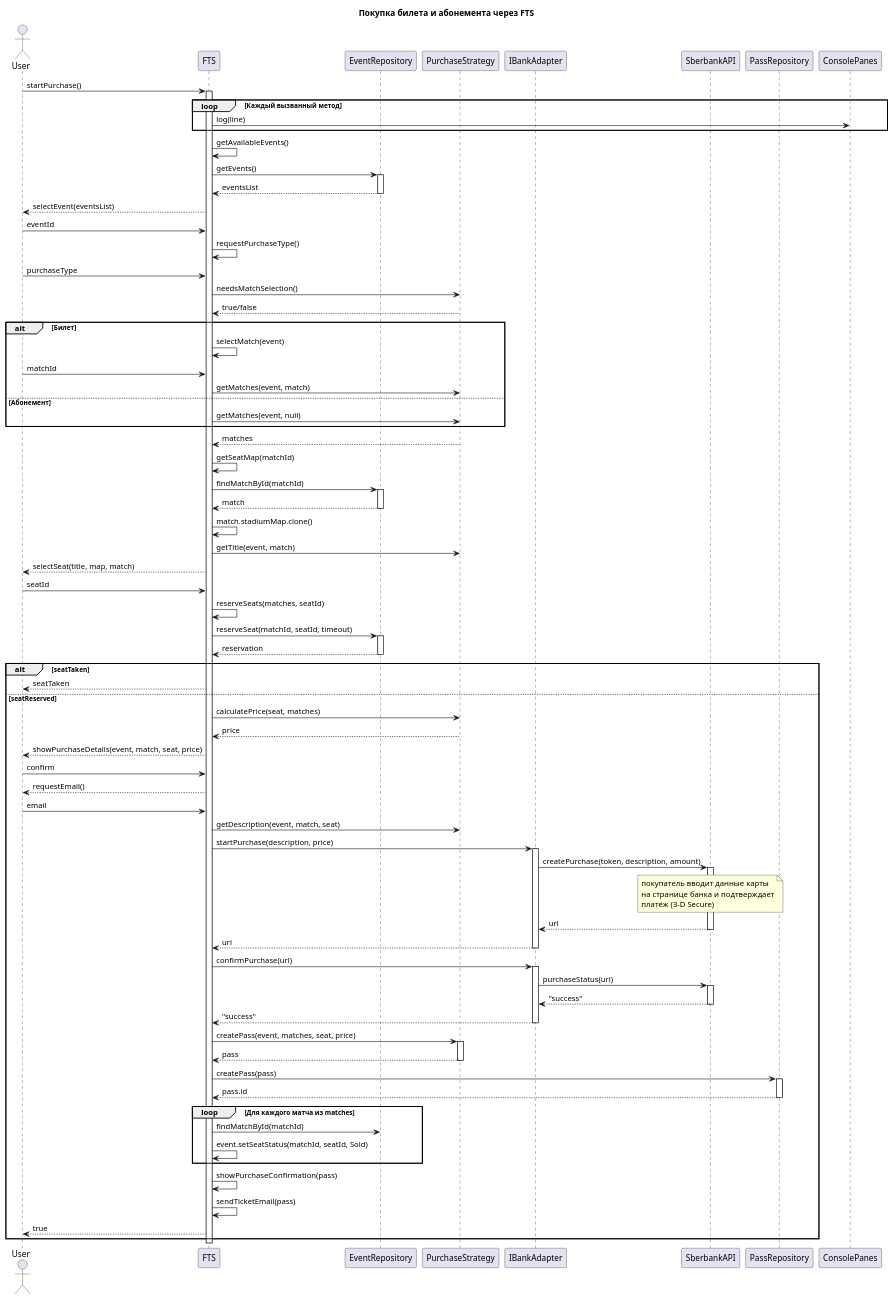
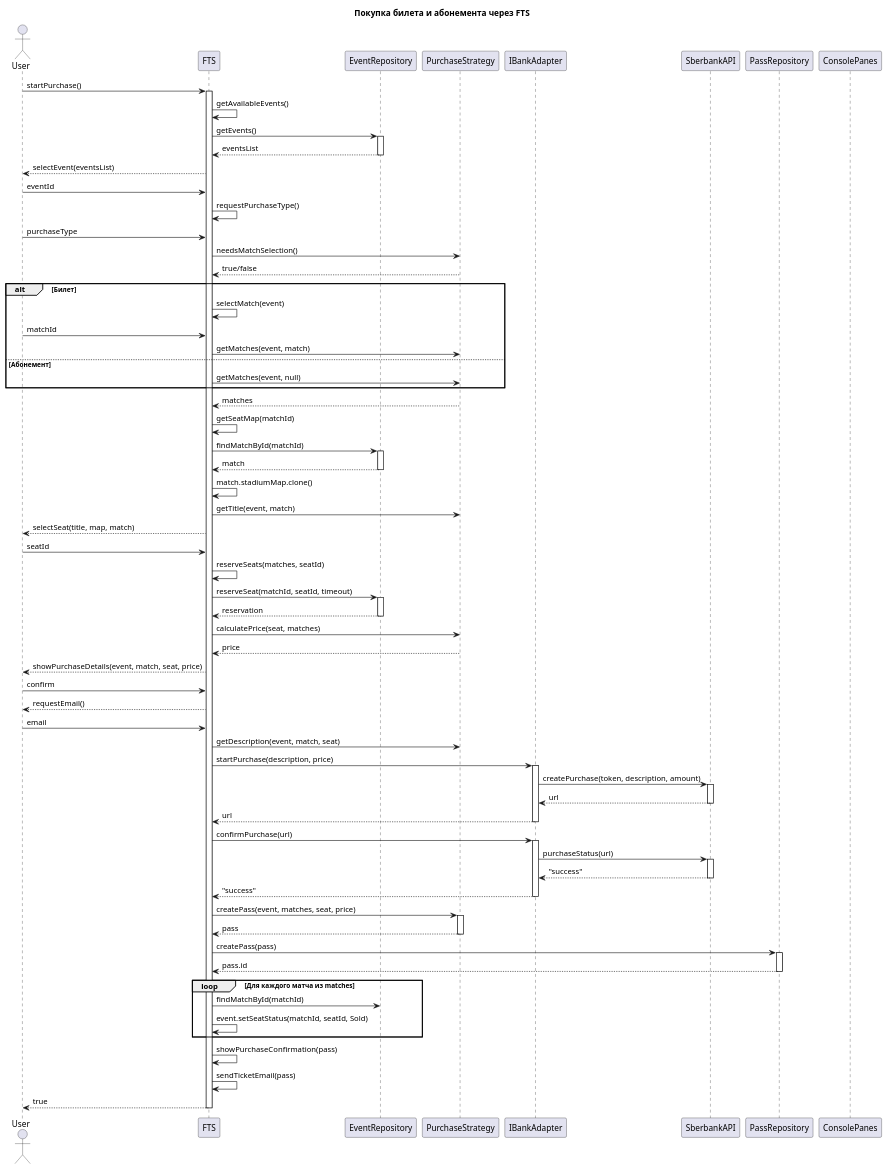
One commit to penamarth/bsbo-11-24_team5_var10_football changed the diagram in Преценденты/Покупка билетов и абонементов/Диаграмма последовательности.md. Above: the diagram before and after it, drawn with PlantUML. The commit also changed 8 other files, not shown here.

```diff
--- a/Преценденты/Покупка билетов и абонементов/Диаграмма последовательности.md
+++ b/Преценденты/Покупка билетов и абонементов/Диаграмма последовательности.md
@@ -15,10 +15,6 @@
 
 User -> FTS : startPurchase()
 activate FTS
-
-loop Каждый вызванный метод
-    FTS -> Panes : log(line)
-end
 
 FTS -> FTS : getAvailableEvents()
 FTS -> EventRepository : getEvents()
@@ -59,9 +55,7 @@
 EventRepository --> FTS : reservation
 deactivate EventRepository
 
-alt seatTaken
-    FTS --> User : seatTaken
-else seatReserved
+
     FTS -> Strategy : calculatePrice(seat, matches)
     Strategy --> FTS : price
     FTS --> User : showPurchaseDetails(event, match, seat, price)
@@ -74,7 +68,6 @@
     activate Bank
     Bank -> Sber : createPurchase(token, description, amount)
     activate Sber
-    note over Sber : покупатель вводит данные карты\nна странице банка и подтверждает\nплатёж (3-D Secure)
     Sber --> Bank : url
     deactivate Sber
     Bank --> FTS : url
@@ -107,7 +100,7 @@
     FTS -> FTS : showPurchaseConfirmation(pass)
     FTS -> FTS : sendTicketEmail(pass)
     FTS --> User : true
-end
+
 
 deactivate FTS
 @enduml
```
